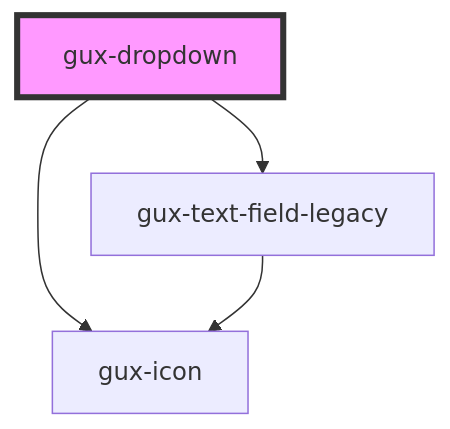
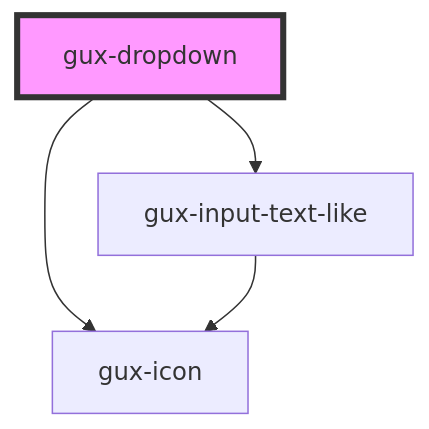
Before and after one commit to MyPureCloud/genesys-spark: the diagram in src/components/stable/gux-dropdown/readme.md, drawn with Mermaid. The commit also changed other lines of this file and 6 other files, not shown here.

First line of the commit message:
feat(gux-dropdown): remove gux-text-field-legacy dependency

````diff
--- a/src/components/stable/gux-dropdown/readme.md
+++ b/src/components/stable/gux-dropdown/readme.md
@@ -57,7 +57,7 @@
 ```mermaid
 graph TD;
-  gux-dropdown --> gux-text-field-legacy
+  gux-dropdown --> gux-input-text-like
   gux-dropdown --> gux-icon
-  gux-text-field-legacy --> gux-icon
+  gux-input-text-like --> gux-icon
   style gux-dropdown fill:#f9f,stroke:#333,stroke-width:4px
 ```
````
